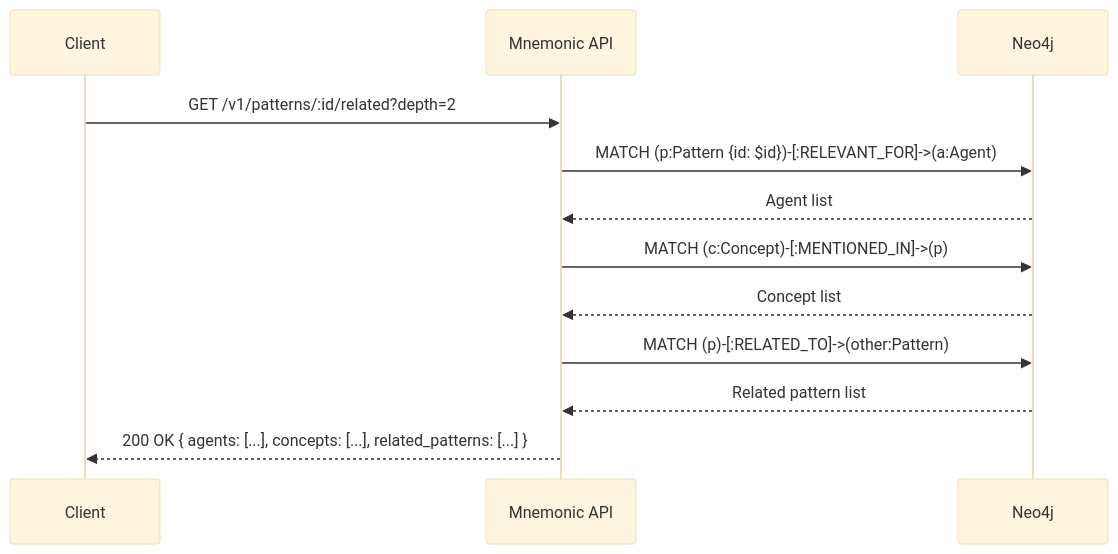
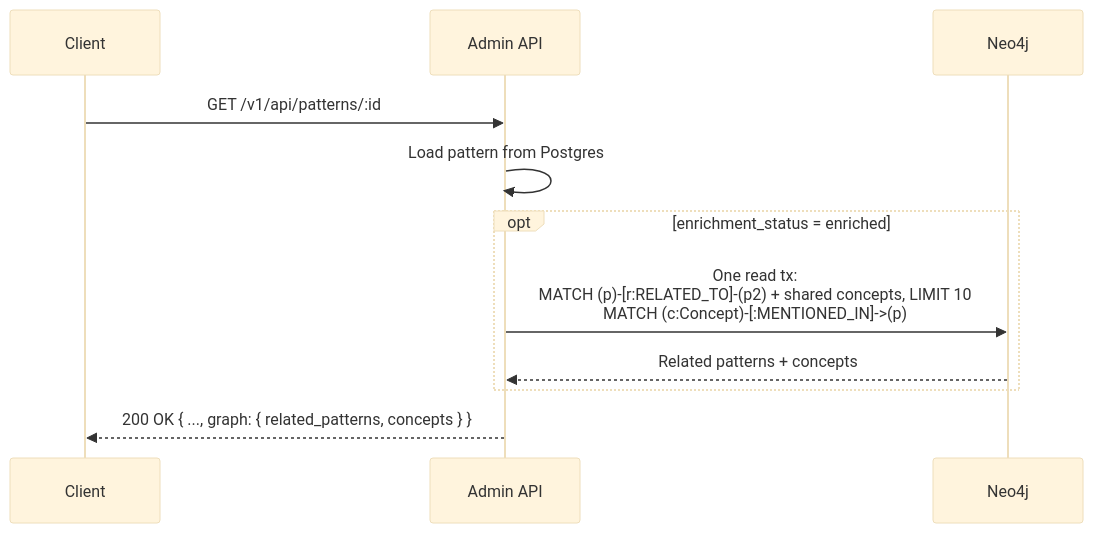
Before and after one commit to twistingmercury/mnemonic-docs: the eighth of 8 diagrams in docs/architecture/system/04-data-architecture.md, drawn with Mermaid (base theme). The commit also changed other lines of this file and 41 other files, not shown here.

````diff
--- a/docs/architecture/system/04-data-architecture.md
+++ b/docs/architecture/system/04-data-architecture.md
@@ -587,15 +518,14 @@
 ```mermaid
 sequenceDiagram
     participant CLIENT as Client
-    participant API as Mnemonic API
+    participant API as Admin API
     participant NEO as Neo4j
 
-    CLIENT->>API: GET /v1/patterns/:id/related?depth=2
-    API->>NEO: MATCH (p:Pattern {id: $id})-[:RELEVANT_FOR]->(a:Agent)
-    NEO-->>API: Agent list
-    API->>NEO: MATCH (c:Concept)-[:MENTIONED_IN]->(p)
-    NEO-->>API: Concept list
-    API->>NEO: MATCH (p)-[:RELATED_TO]->(other:Pattern)
-    NEO-->>API: Related pattern list
-    API-->>CLIENT: 200 OK { agents: [...], concepts: [...], related_patterns: [...] }
+    CLIENT->>API: GET /v1/api/patterns/:id
+    API->>API: Load pattern from Postgres
+    opt enrichment_status = enriched
+        API->>NEO: One read tx:<br/>MATCH (p)-[r:RELATED_TO]-(p2) + shared concepts, LIMIT 10<br/>MATCH (c:Concept)-[:MENTIONED_IN]->(p)
+        NEO-->>API: Related patterns + concepts
+    end
+    API-->>CLIENT: 200 OK { ..., graph: { related_patterns, concepts } }
 ```
````
